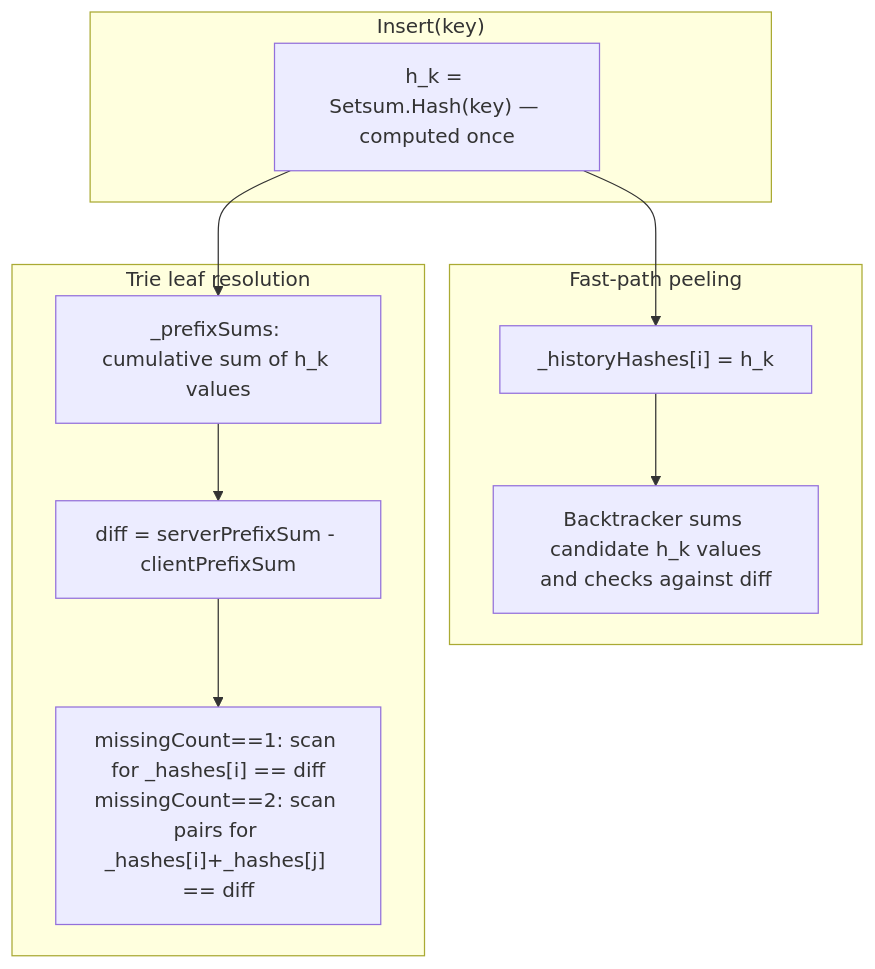
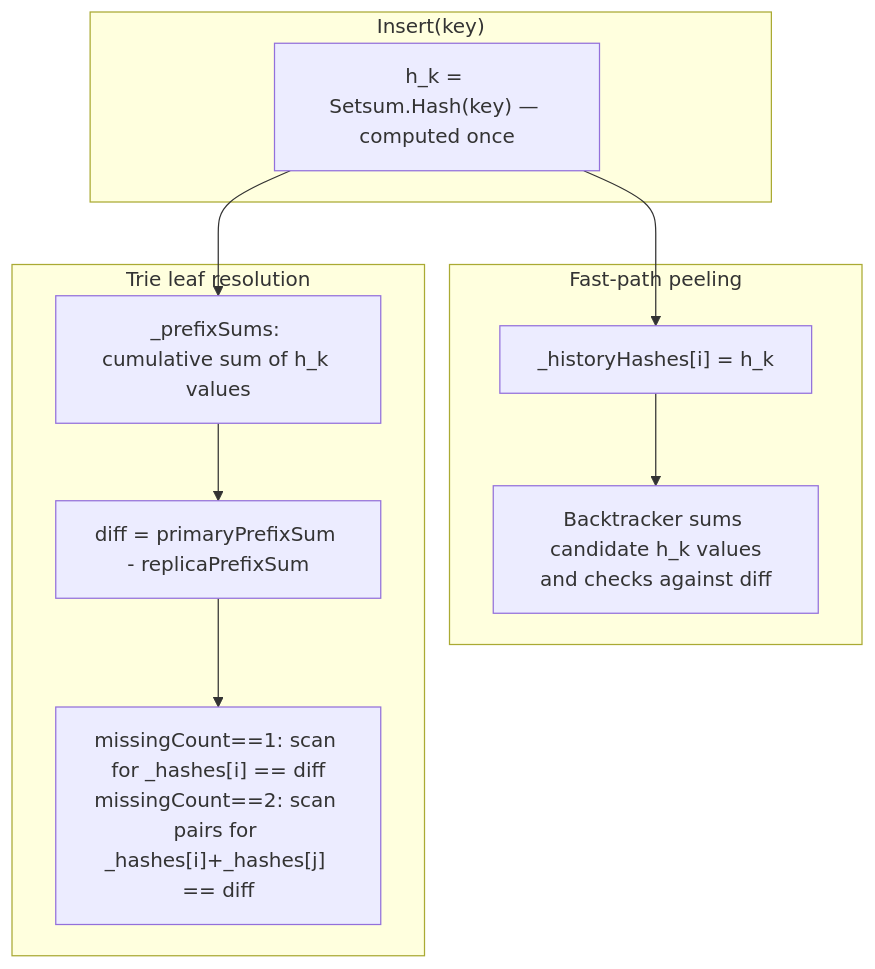
One commit to arj03/setsum-cs changed the fifth of 8 diagrams in SetSum/Sync/README.md. Above: the diagram before and after it, drawn with Mermaid. The commit also changed other lines of this file and 5 other files, not shown here.

Commit message:
Move things around and clear terminology to use primary and replica

````diff
--- a/SetSum/Sync/README.md
+++ b/SetSum/Sync/README.md
@@ -185,22 +185,22 @@
 ```mermaid
 graph TD
     subgraph "Insert(key)"
         HK["h_k = Setsum.Hash(key) — computed once"]
     end
 
     subgraph "Fast-path peeling"
         HH["_historyHashes[i] = h_k"]
         PE["Backtracker sums candidate h_k values<br/>and checks against diff"]
         HH --> PE
     end
 
     subgraph "Trie leaf resolution"
         PS["_prefixSums: cumulative sum of h_k values"]
-        RH["diff = serverPrefixSum - clientPrefixSum"]
+        RH["diff = primaryPrefixSum - replicaPrefixSum"]
         SC["missingCount==1: scan for _hashes[i] == diff<br/>missingCount==2: scan pairs for _hashes[i]+_hashes[j] == diff"]
         PS --> RH --> SC
     end
 
     HK --> HH
     HK --> PS
 ```
````
